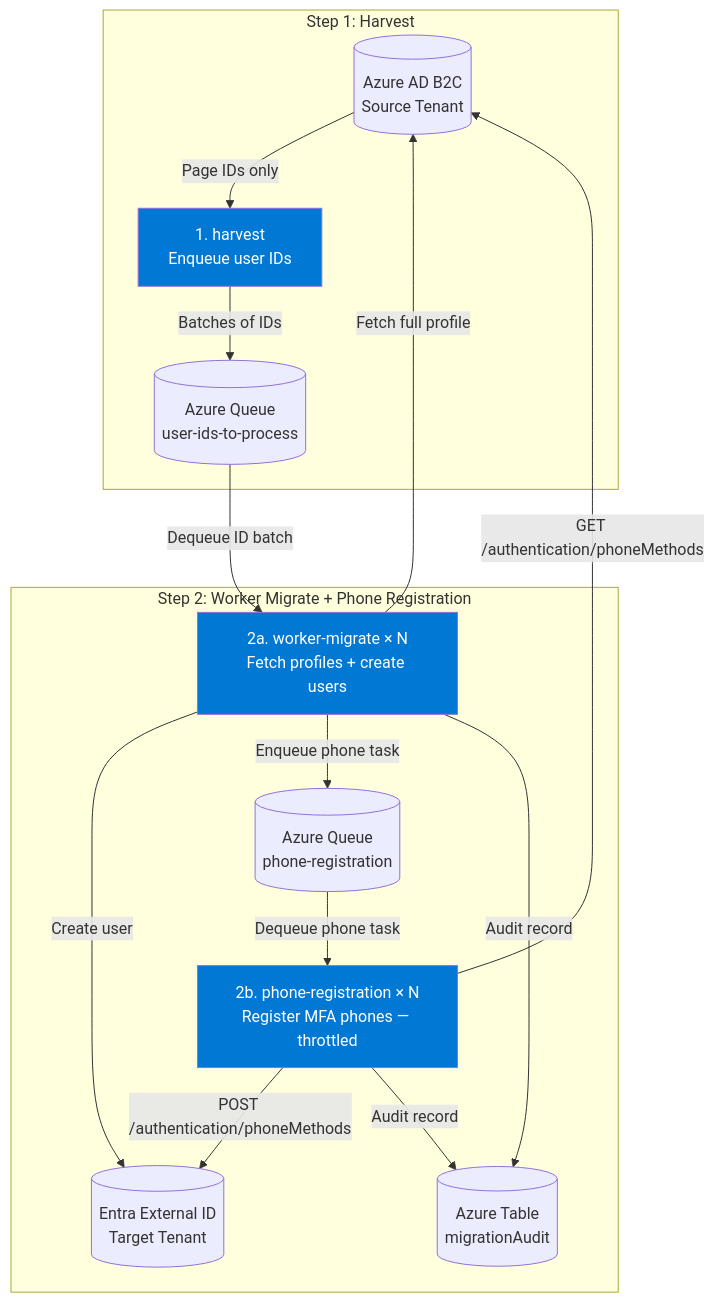
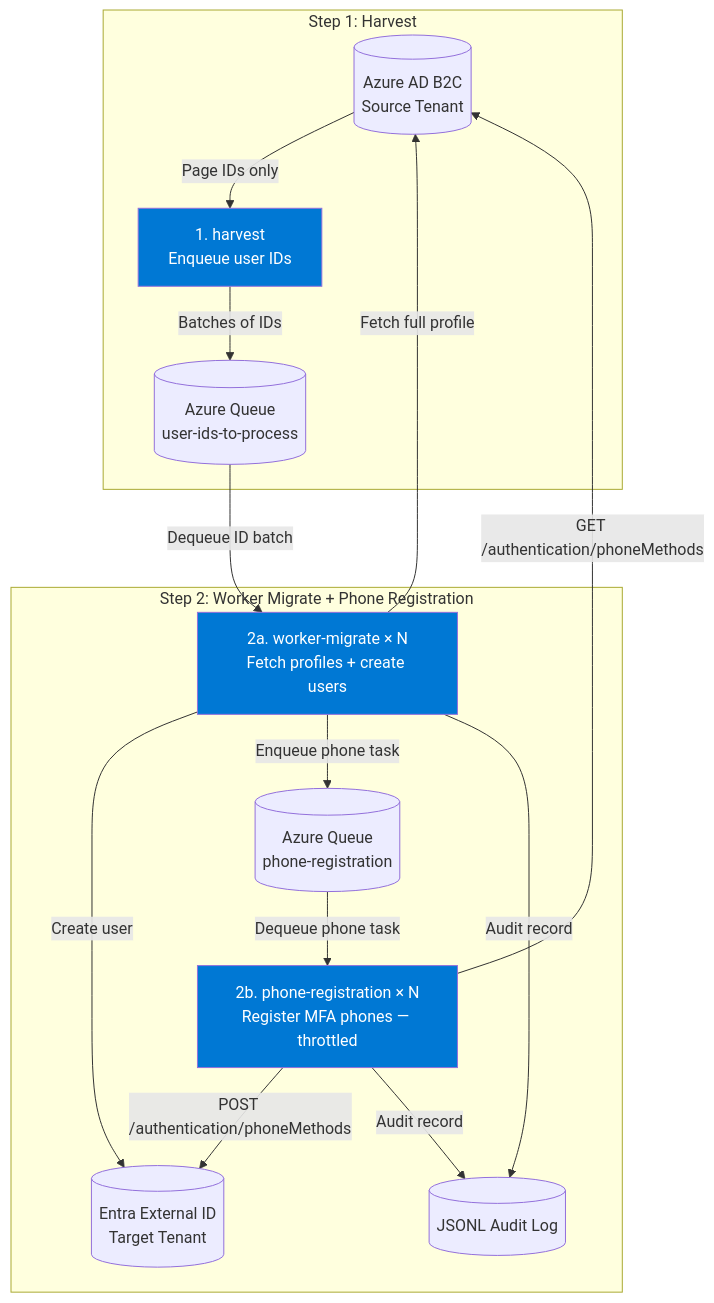
One commit to alvesfabi/b2c-to-meeid-migration-tool changed the second of 3 diagrams in README.md. Above: the diagram before and after it, drawn with Mermaid. The commit also changed other lines of this file, not shown here.

First line of the commit message:
fix: README storage requirements — Queue only mandatory, audit defaults to local JSONL

````diff
--- a/README.md
+++ b/README.md
@@ -57,33 +57,33 @@
 ```mermaid
 graph TB
     subgraph "Step 1: Harvest"
         B2C[(Azure AD B2C<br/>Source Tenant)]
         Harvest[1. harvest<br/>Enqueue user IDs]
         Queue1[(Azure Queue<br/>user-ids-to-process)]
 
         B2C -->|Page IDs only| Harvest
         Harvest -->|Batches of IDs| Queue1
     end
 
     subgraph "Step 2: Worker Migrate + Phone Registration"
         Worker[2a. worker-migrate × N<br/>Fetch profiles + create users]
         ExtID[(Entra External ID<br/>Target Tenant)]
         Queue2[(Azure Queue<br/>phone-registration)]
         PhoneWorker[2b. phone-registration × N<br/>Register MFA phones — throttled]
-        AuditTable[(Azure Table<br/>migrationAudit)]
+        Audit[(JSONL Audit Log)]
 
         Queue1 -->|Dequeue ID batch| Worker
         Worker -->|Fetch full profile| B2C
         Worker -->|Create user| ExtID
         Worker -->|Enqueue phone task| Queue2
-        Worker -->|Audit record| AuditTable
+        Worker -->|Audit record| Audit
         Queue2 -->|Dequeue phone task| PhoneWorker
         PhoneWorker -->|GET /authentication/phoneMethods| B2C
         PhoneWorker -->|POST /authentication/phoneMethods| ExtID
-        PhoneWorker -->|Audit record| AuditTable
+        PhoneWorker -->|Audit record| Audit
     end
 
     style Harvest fill:#0078d4,color:#fff
     style Worker fill:#0078d4,color:#fff
     style PhoneWorker fill:#0078d4,color:#fff
 ```
````
